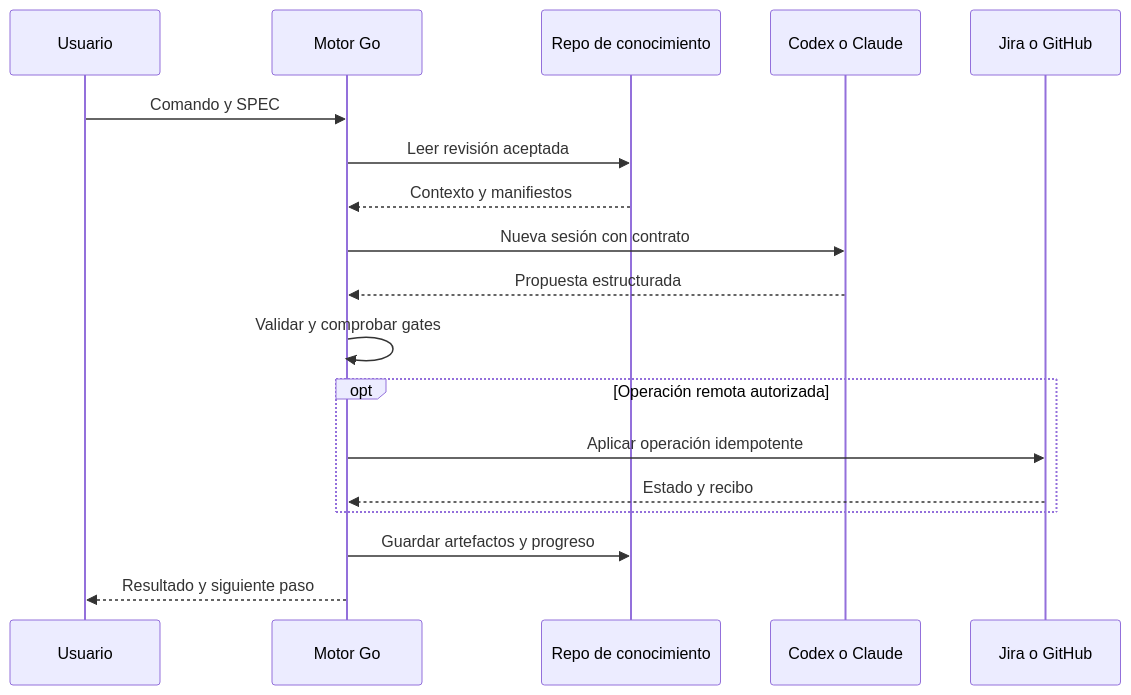
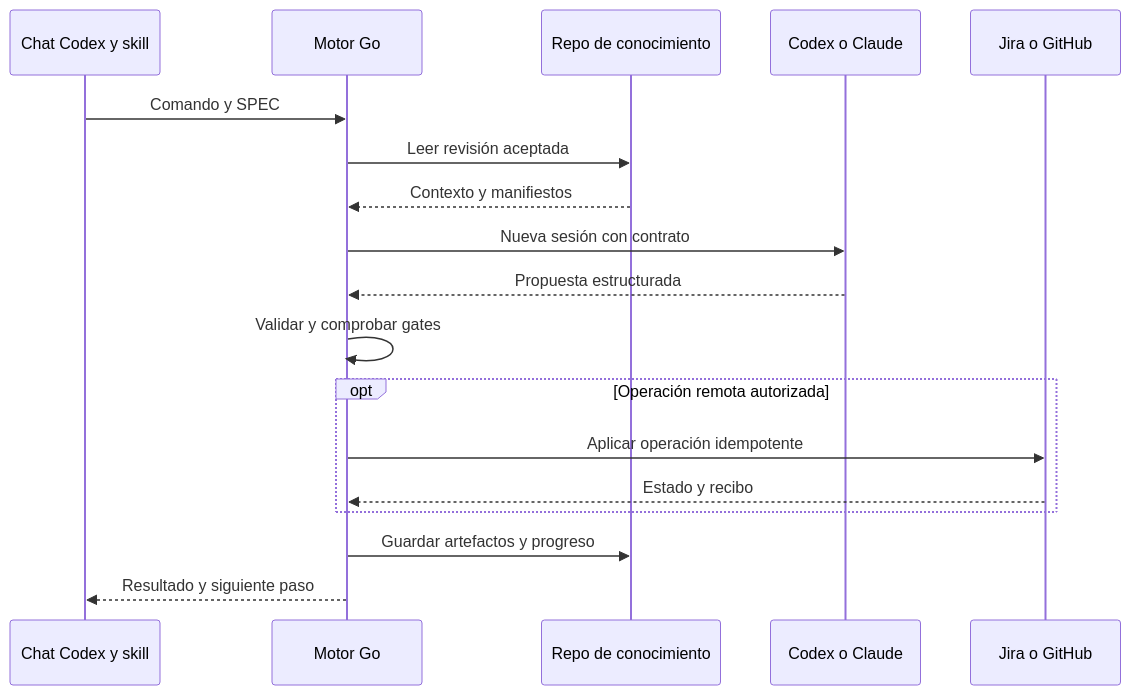
Before and after one commit to chrismdiez/superharness: the diagram in super-sdd-plan/06-integraciones.md, drawn with Mermaid. The commit also changed other lines of this file and 11 other files, not shown here.

````diff
--- a/super-sdd-plan/06-integraciones.md
+++ b/super-sdd-plan/06-integraciones.md
@@ -23,22 +23,22 @@
 ```mermaid
 sequenceDiagram
   accTitle: Orquestacion de agentes y servicios externos
   accDescr: Go prepara el contexto, ejecuta el agente, valida su propuesta y realiza las acciones remotas autorizadas.
-  participant U as Usuario
+  participant U as Chat Codex y skill
   participant G as Motor Go
   participant K as Repo de conocimiento
   participant A as Codex o Claude
   participant R as Jira o GitHub
   U->>G: Comando y SPEC
   G->>K: Leer revisión aceptada
   K-->>G: Contexto y manifiestos
   G->>A: Nueva sesión con contrato
   A-->>G: Propuesta estructurada
   G->>G: Validar y comprobar gates
   opt Operación remota autorizada
     G->>R: Aplicar operación idempotente
     R-->>G: Estado y recibo
   end
   G->>K: Guardar artefactos y progreso
   G-->>U: Resultado y siguiente paso
 ```
````
